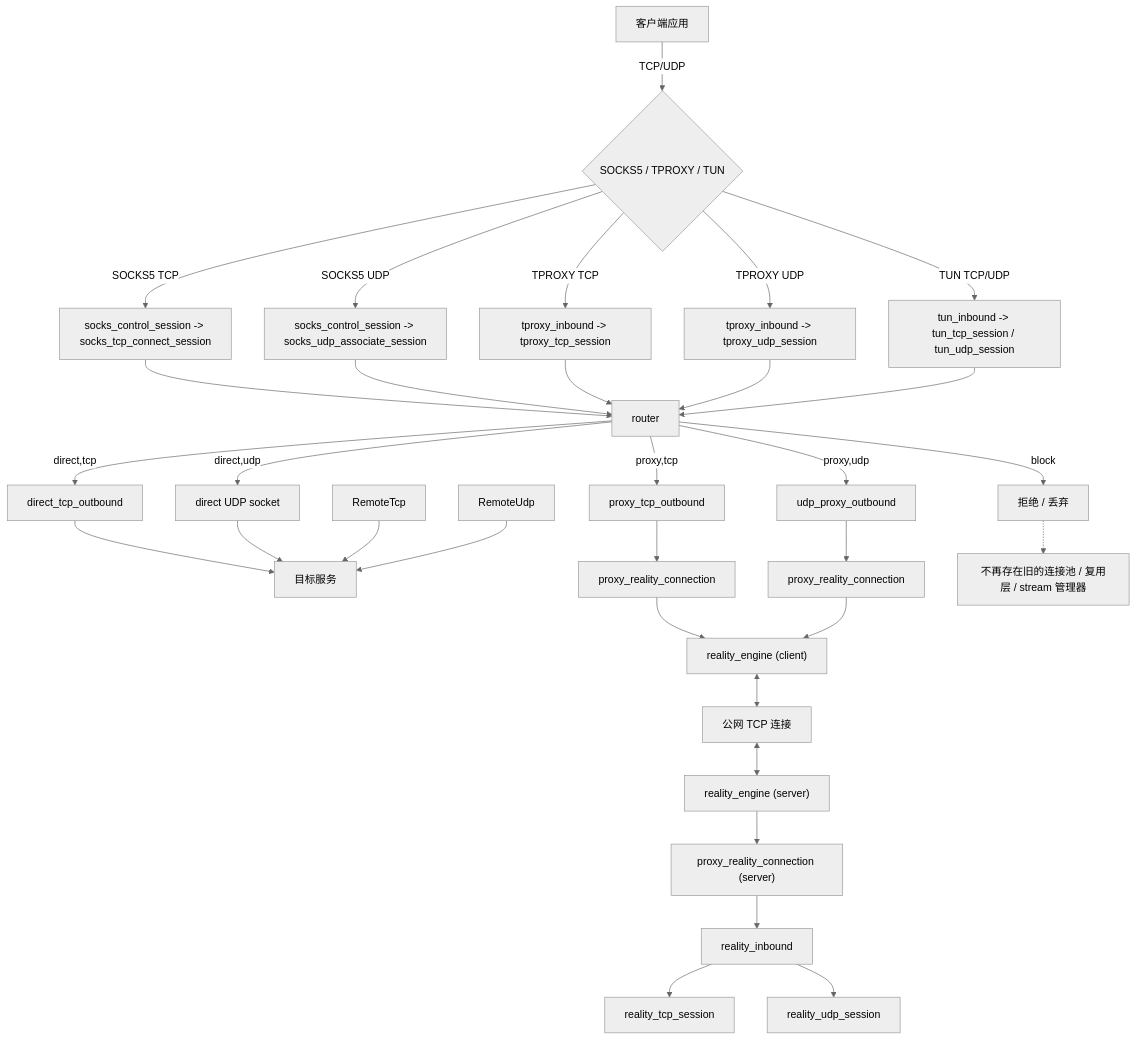
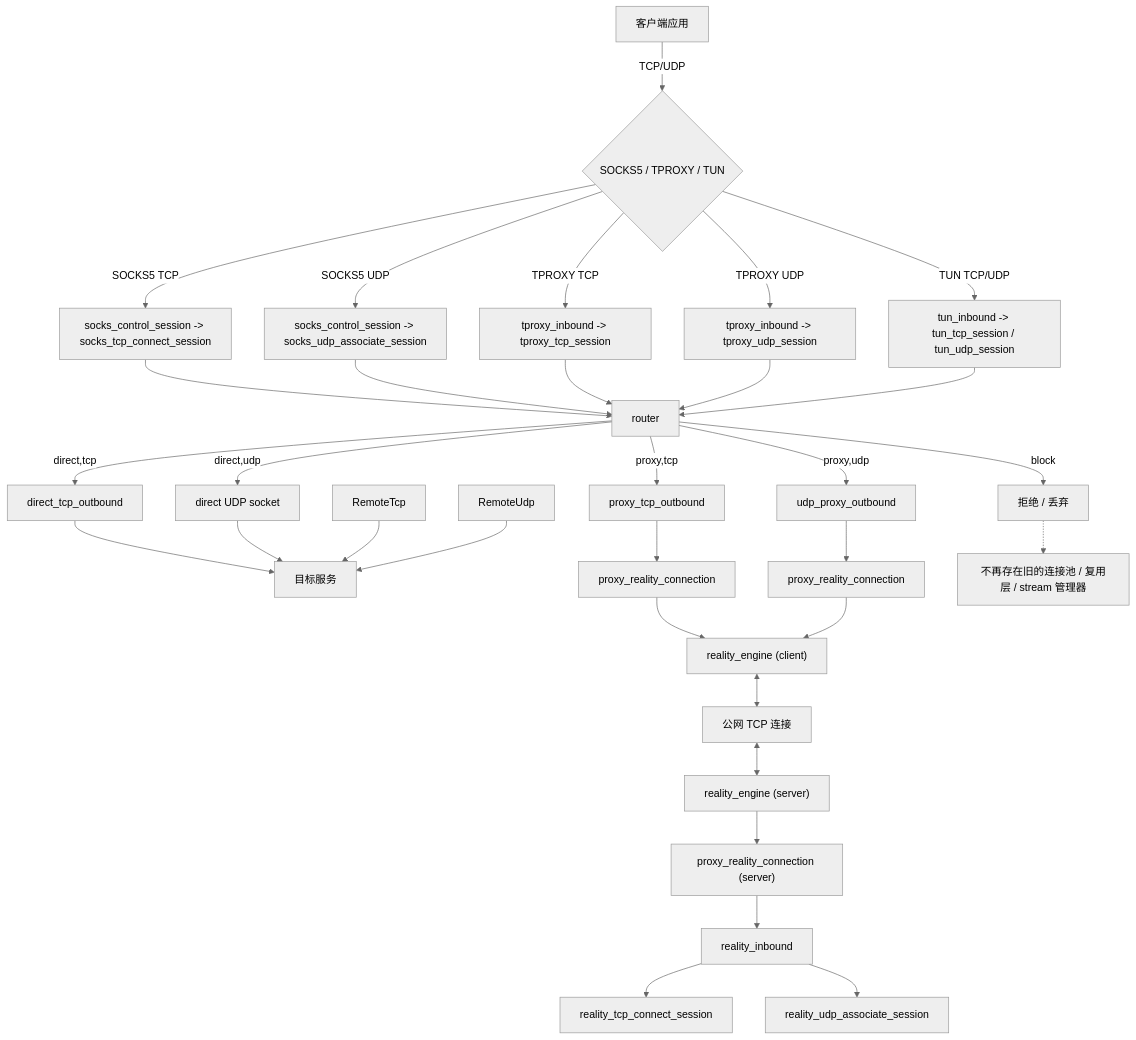
Before and after one commit to gyl30/socks: the first of 5 diagrams in doc/flow.md, drawn with Mermaid (neutral theme). The commit also changed other lines of this file and 9 other files, not shown here.

````diff
--- a/doc/flow.md
+++ b/doc/flow.md
@@ -13,40 +13,40 @@
 ```mermaid
 flowchart TD
   App[客户端应用] -->|TCP/UDP| Inbound{SOCKS5 / TPROXY / TUN}
 
   Inbound -->|SOCKS5 TCP| SocksTcp["socks_control_session -> socks_tcp_connect_session"]
   Inbound -->|SOCKS5 UDP| SocksUdp["socks_control_session -> socks_udp_associate_session"]
   Inbound -->|TPROXY TCP| TproxyTcp["tproxy_inbound -> tproxy_tcp_session"]
   Inbound -->|TPROXY UDP| TproxyUdp["tproxy_inbound -> tproxy_udp_session"]
   Inbound -->|TUN TCP/UDP| TunInbound["tun_inbound -> tun_tcp_session / tun_udp_session"]
 
   SocksTcp --> Router[router]
   SocksUdp --> Router
   TproxyTcp --> Router
   TproxyUdp --> Router
   TunInbound --> Router
 
   Router -->|direct,tcp| DirectTcp[direct_tcp_outbound]
   Router -->|direct,udp| DirectUdp[direct UDP socket]
   Router -->|proxy,tcp| ProxyTcp[proxy_tcp_outbound]
   Router -->|proxy,udp| ProxyUdp[udp_proxy_outbound]
   Router -->|block| Block[拒绝 / 丢弃]
 
   DirectTcp --> Target[目标服务]
   DirectUdp --> Target
 
   ProxyTcp --> ClientConnTcp[proxy_reality_connection]
   ProxyUdp --> ClientConnUdp[proxy_reality_connection]
   ClientConnTcp --> ClientReality["reality_engine (client)"]
   ClientConnUdp --> ClientReality
   ClientReality <--> Network[公网 TCP 连接]
   Network <--> ServerReality["reality_engine (server)"]
   ServerReality --> ServerConn["proxy_reality_connection (server)"]
   ServerConn --> RealityInbound[reality_inbound]
-  RealityInbound --> RealityTcp[reality_tcp_session]
-  RealityInbound --> RealityUdp[reality_udp_session]
+  RealityInbound --> RealityTcp[reality_tcp_connect_session]
+  RealityInbound --> RealityUdp[reality_udp_associate_session]
   RemoteTcp --> Target
   RemoteUdp --> Target
 
   Block -.-> Note1["不再存在旧的连接池 / 复用层 / stream 管理器"]
 ```
````
